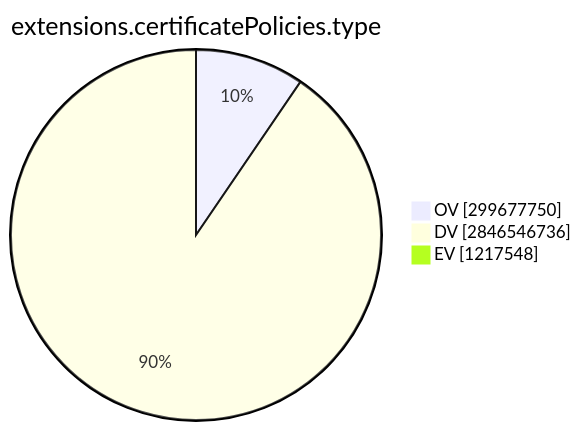
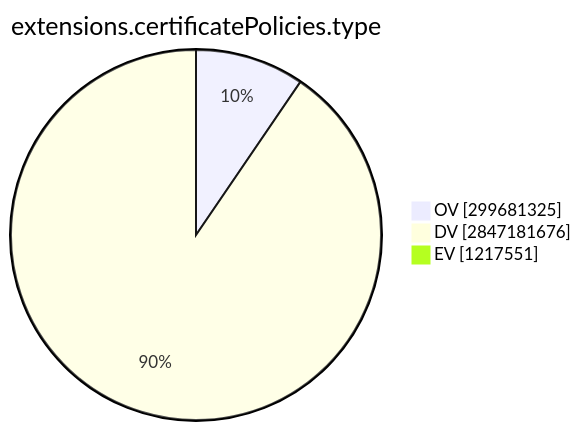
One commit to christiankrug/ctmonitor_visualization changed the ninth of 15 diagrams in TOTAL/README.md. Above: the diagram before and after it, drawn with Mermaid. The commit also changed other lines of this file, not shown here.

````diff
--- a/TOTAL/README.md
+++ b/TOTAL/README.md
@@ -3101,7 +3101,7 @@
 ```mermaid
 pie showData
 title extensions.certificatePolicies.type
-"OV" :299677750
-"DV" :2846546736
-"EV" :1217548
+"OV" :299681325
+"DV" :2847181676
+"EV" :1217551
 ```
````
